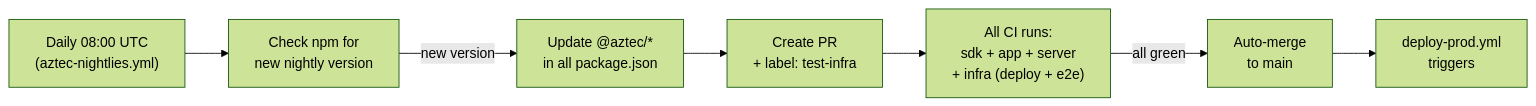
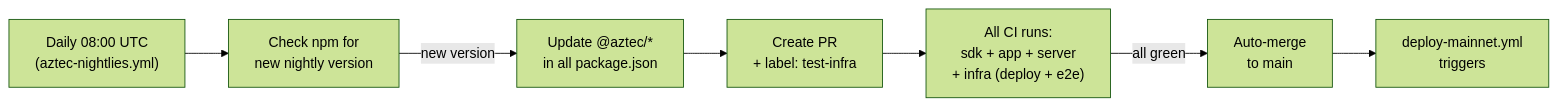
One commit to alejoamiras/tee-rex changed the fifth of 6 diagrams in docs/ci-pipeline.md. Above: the diagram before and after it, drawn with Mermaid (forest theme). The commit also changed other lines of this file and 5 other files, not shown here.

````diff
--- a/docs/ci-pipeline.md
+++ b/docs/ci-pipeline.md
@@ -175,9 +208,9 @@
 ```mermaid
 graph LR
     cron["Daily 08:00 UTC\n(aztec-nightlies.yml)"] --> check["Check npm for\nnew nightly version"]
     check -->|new version| update["Update @aztec/*\nin all package.json"]
     update --> pr["Create PR\n+ label: test-infra"]
     pr --> ci["All CI runs:\nsdk + app + server\n+ infra (deploy + e2e)"]
     ci -->|all green| merge["Auto-merge\nto main"]
-    merge --> deploy["deploy-prod.yml\ntriggers"]
+    merge --> deploy["deploy-mainnet.yml\ntriggers"]
 ```
````
